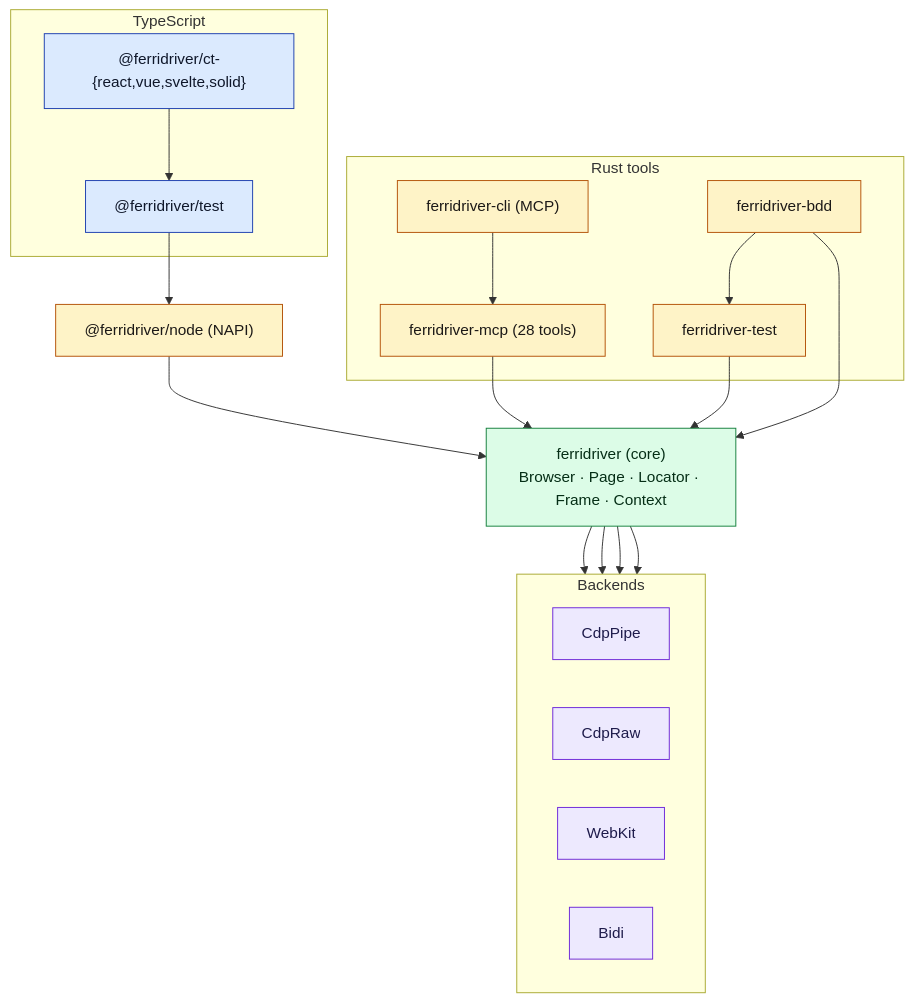
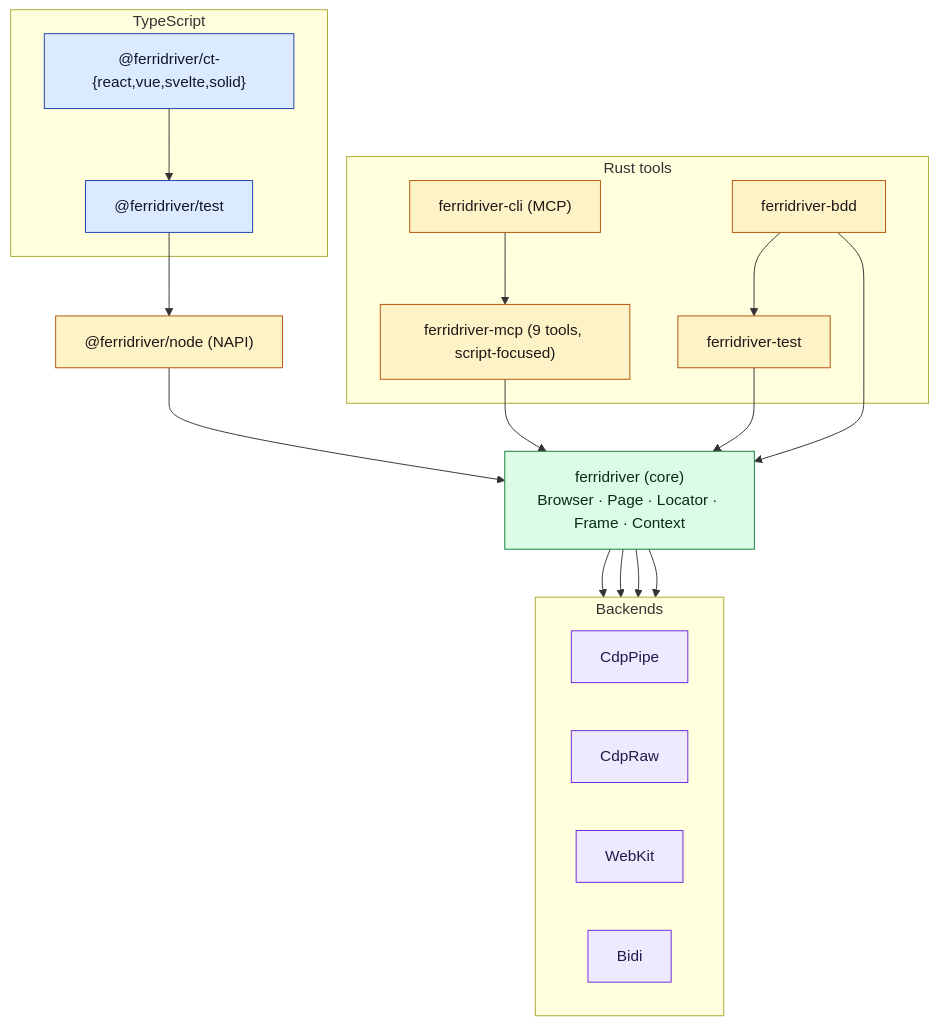
Before and after one commit to salamaashoush/ferridriver: the first of 3 diagrams in site/docs/guide/architecture.md, drawn with Mermaid. The commit also changed 21 other files, not shown here.

````diff
--- a/site/docs/guide/architecture.md
+++ b/site/docs/guide/architecture.md
@@ -7,48 +7,48 @@
 ```mermaid
 flowchart TB
   subgraph TS ["TypeScript"]
     A["@ferridriver/test"]
     B["@ferridriver/ct-{react,vue,svelte,solid}"]
   end
 
   N["@ferridriver/node (NAPI)"]
 
   subgraph RustTools ["Rust tools"]
     C["ferridriver-cli (MCP)"]
     D["ferridriver-test"]
     E["ferridriver-bdd"]
-    F["ferridriver-mcp (28 tools)"]
+    F["ferridriver-mcp (9 tools, script-focused)"]
   end
 
   Core["ferridriver (core)\nBrowser · Page · Locator · Frame · Context"]
 
   subgraph Backends
     direction LR
     B1["CdpPipe"]
     B2["CdpRaw"]
     B3["WebKit"]
     B4["Bidi"]
   end
 
   A --> N
   B --> A
   N --> Core
   C --> F
   F --> Core
   D --> Core
   E --> Core
   E --> D
   Core --> B1
   Core --> B2
   Core --> B3
   Core --> B4
 
   classDef tsLayer fill:#dbeafe,stroke:#1e40af,color:#0f172a
   classDef rustLayer fill:#fef3c7,stroke:#b45309,color:#1c1917
   classDef coreLayer fill:#dcfce7,stroke:#15803d,color:#052e16
   classDef backendLayer fill:#ede9fe,stroke:#6d28d9,color:#1e1b4b
   class A,B tsLayer
   class N,C,D,E,F rustLayer
   class Core coreLayer
   class B1,B2,B3,B4 backendLayer
 ```
````
